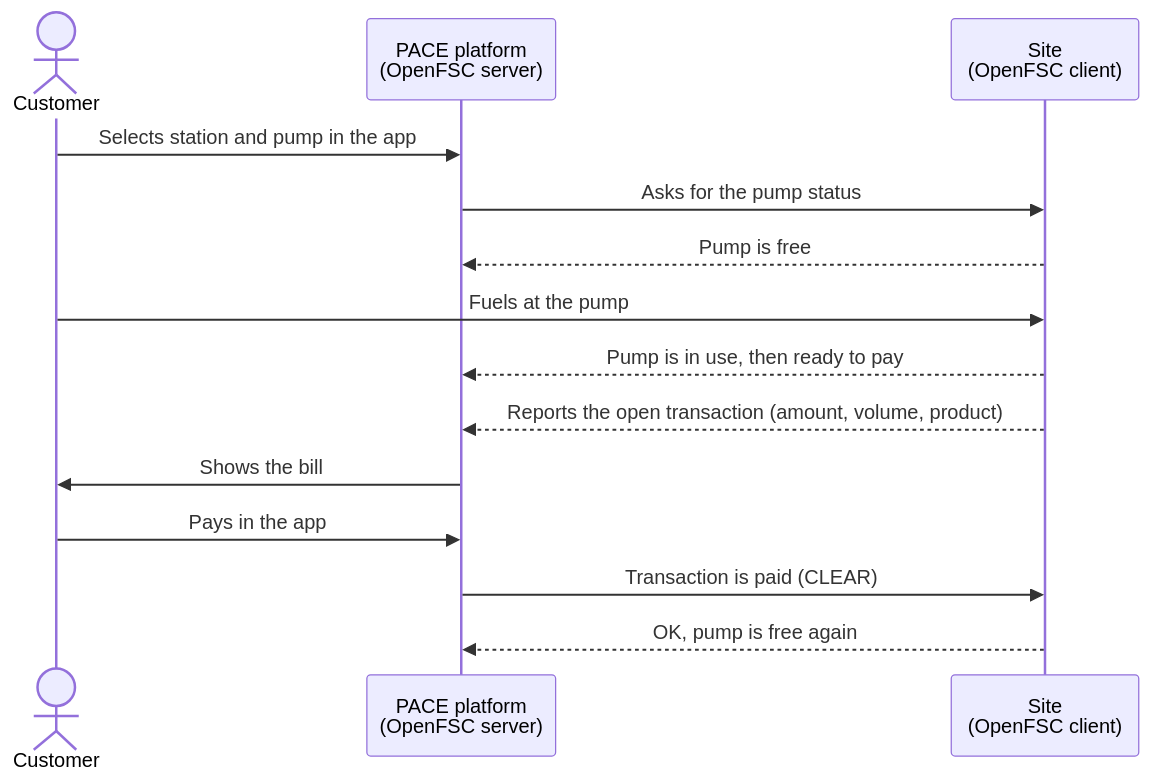
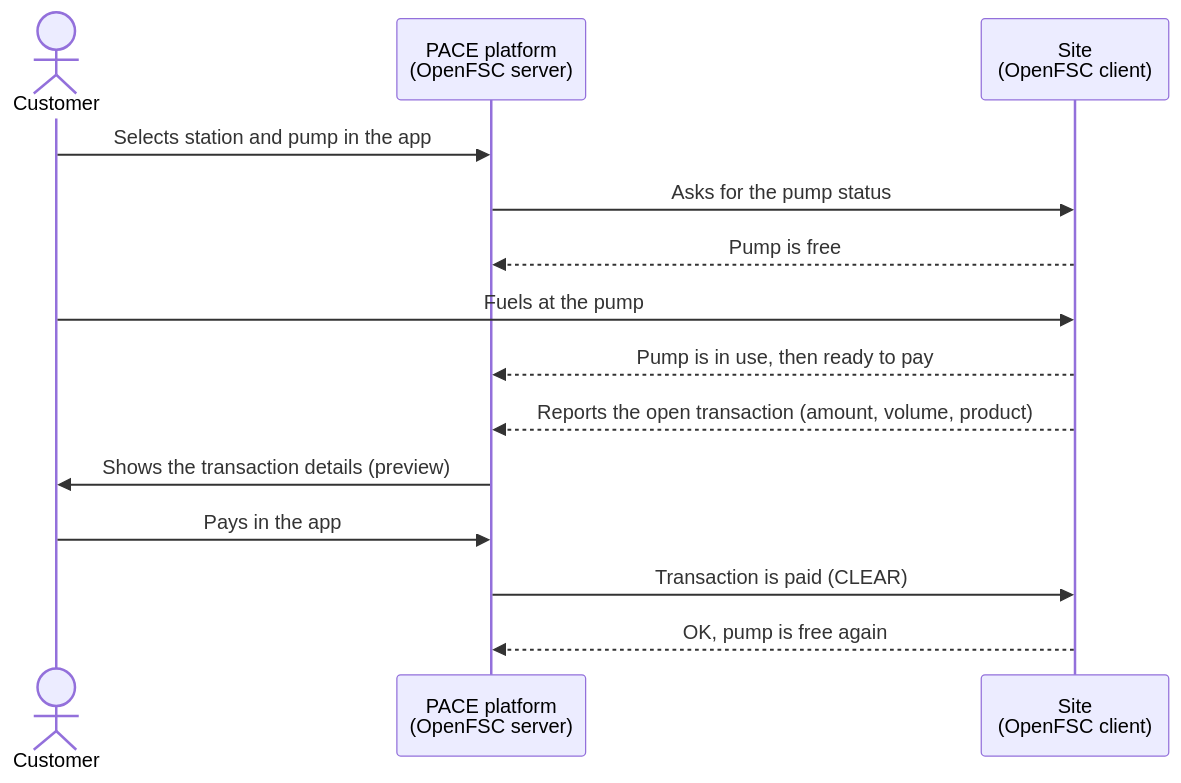
One commit to pace/openfsc-tutorial changed the second of 4 diagrams in walkthrough/overview.md. Above: the diagram before and after it, drawn with Mermaid.

````diff
--- a/walkthrough/overview.md
+++ b/walkthrough/overview.md
@@ -73,16 +73,16 @@
 ```mermaid
 sequenceDiagram
     actor C as Customer
     participant P as PACE platform<br/>(OpenFSC server)
     participant S as Site<br/>(OpenFSC client)
     C->>P: Selects station and pump in the app
     P->>S: Asks for the pump status
     S-->>P: Pump is free
     C->>S: Fuels at the pump
     S-->>P: Pump is in use, then ready to pay
     S-->>P: Reports the open transaction (amount, volume, product)
-    P->>C: Shows the bill
+    P->>C: Shows the transaction details (preview)
     C->>P: Pays in the app
     P->>S: Transaction is paid (CLEAR)
     S-->>P: OK, pump is free again
 ```
````
